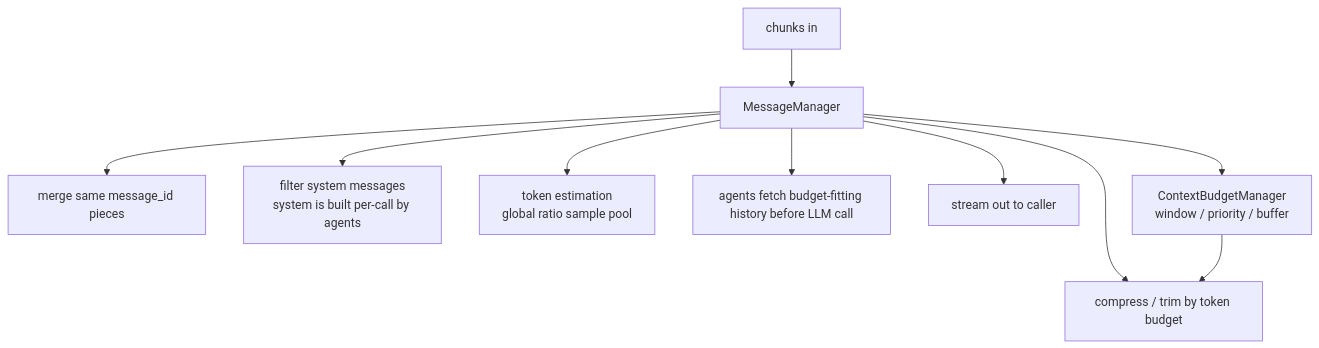
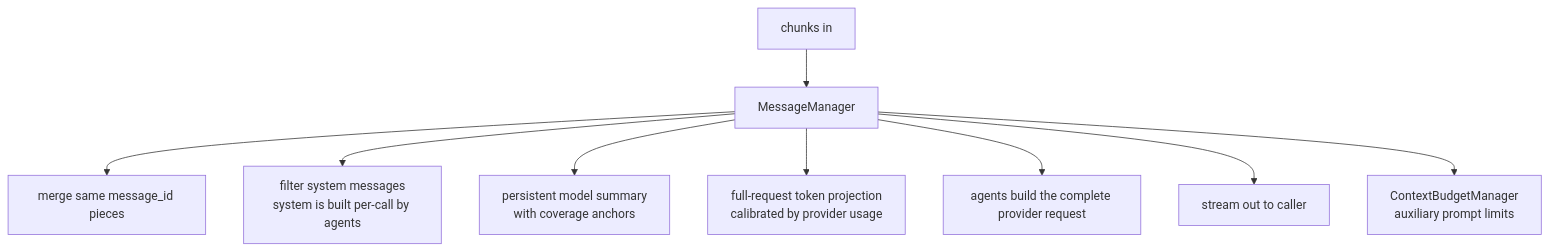
One commit to ZHangZHengEric/Sage changed the sixth of 10 diagrams in docs/en/architecture/ARCHITECTURE_SAGENTS_SESSION_CONTEXT.md. Above: the diagram before and after it, drawn with Mermaid. The commit also changed other lines of this file and 25 other files, not shown here.

Commit message:
refactor: use persistent LLM context summaries

````diff
--- a/docs/en/architecture/ARCHITECTURE_SAGENTS_SESSION_CONTEXT.md
+++ b/docs/en/architecture/ARCHITECTURE_SAGENTS_SESSION_CONTEXT.md
@@ -127,12 +127,11 @@
 ```mermaid
 flowchart TB
     Inputs[chunks in] --> MM[MessageManager]
     MM --> Merge[merge same message_id pieces]
     MM --> Filter[filter system messages<br/>system is built per-call by agents]
-    MM --> Compress[compress / trim by token budget]
-    MM --> Estimate[token estimation<br/>global ratio sample pool]
-    MM --> Out1[agents fetch budget-fitting history before LLM call]
+    MM --> Compress[persistent model summary<br/>with coverage anchors]
+    MM --> Estimate[full-request token projection<br/>calibrated by provider usage]
+    MM --> Out1[agents build the complete provider request]
     MM --> Out2[stream out to caller]
-    MM --> CB[ContextBudgetManager<br/>window / priority / buffer]
-    CB --> Compress
+    MM --> CB[ContextBudgetManager<br/>auxiliary prompt limits]
 ```
````
